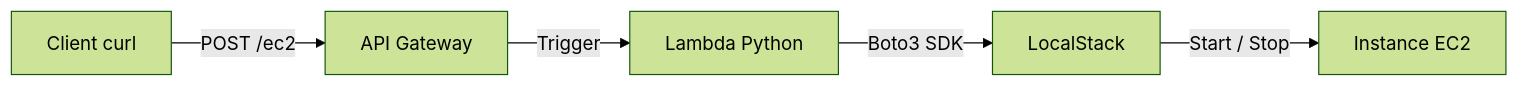
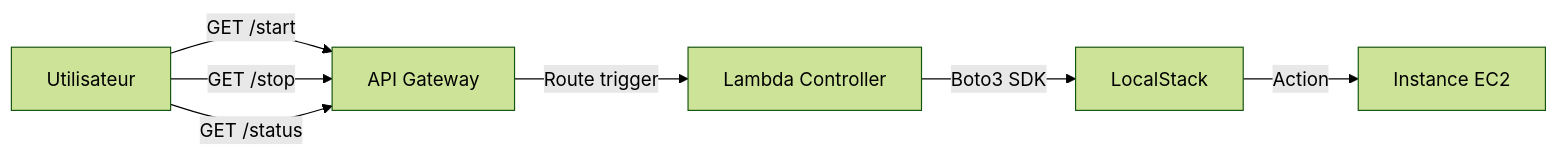
One commit to NicolasBoiteau/API_Driven changed the diagram in README.md. Above: the diagram before and after it, drawn with Mermaid (forest theme). The commit also changed other lines of this file and 3 other files, not shown here.

````diff
--- a/README.md
+++ b/README.md
@@ -25,7 +24,11 @@
 ```mermaid
 graph LR
-    U[Client curl] -->|POST /ec2| A[API Gateway]
-    A -->|Trigger| L[Lambda Python]
+    U[Utilisateur] -->|GET /start| A[API Gateway]
+    U -->|GET /stop| A
+    U -->|GET /status| A
+
+    A -->|Route trigger| L[Lambda Controller]
+
     L -->|Boto3 SDK| LS[LocalStack]
-    LS -->|Start / Stop| E[Instance EC2]
+    LS -->|Action| E[Instance EC2]
 ```
````
